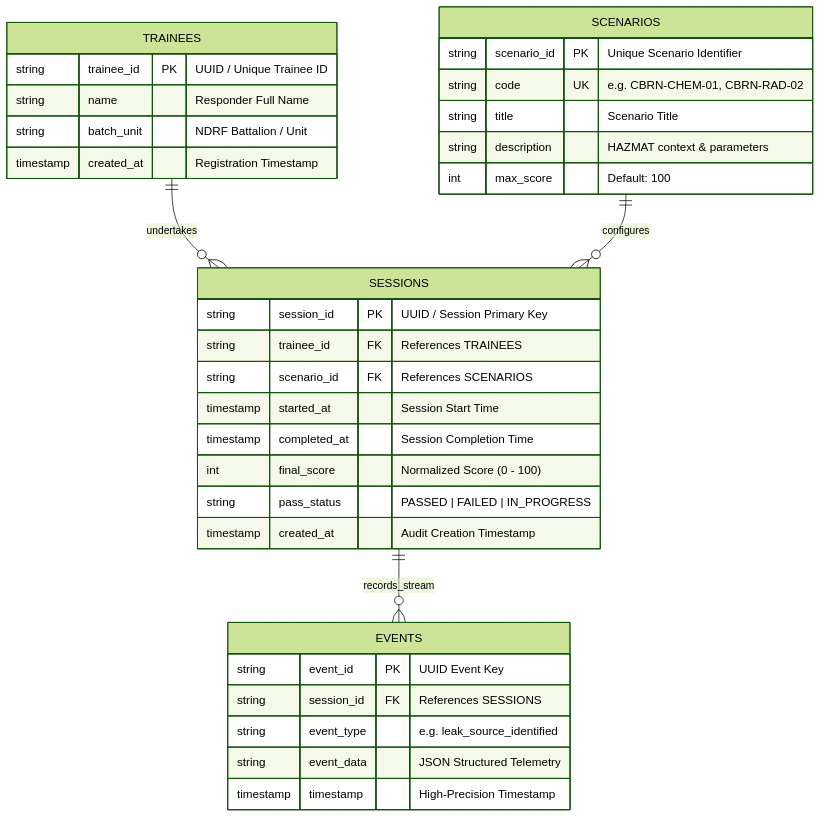
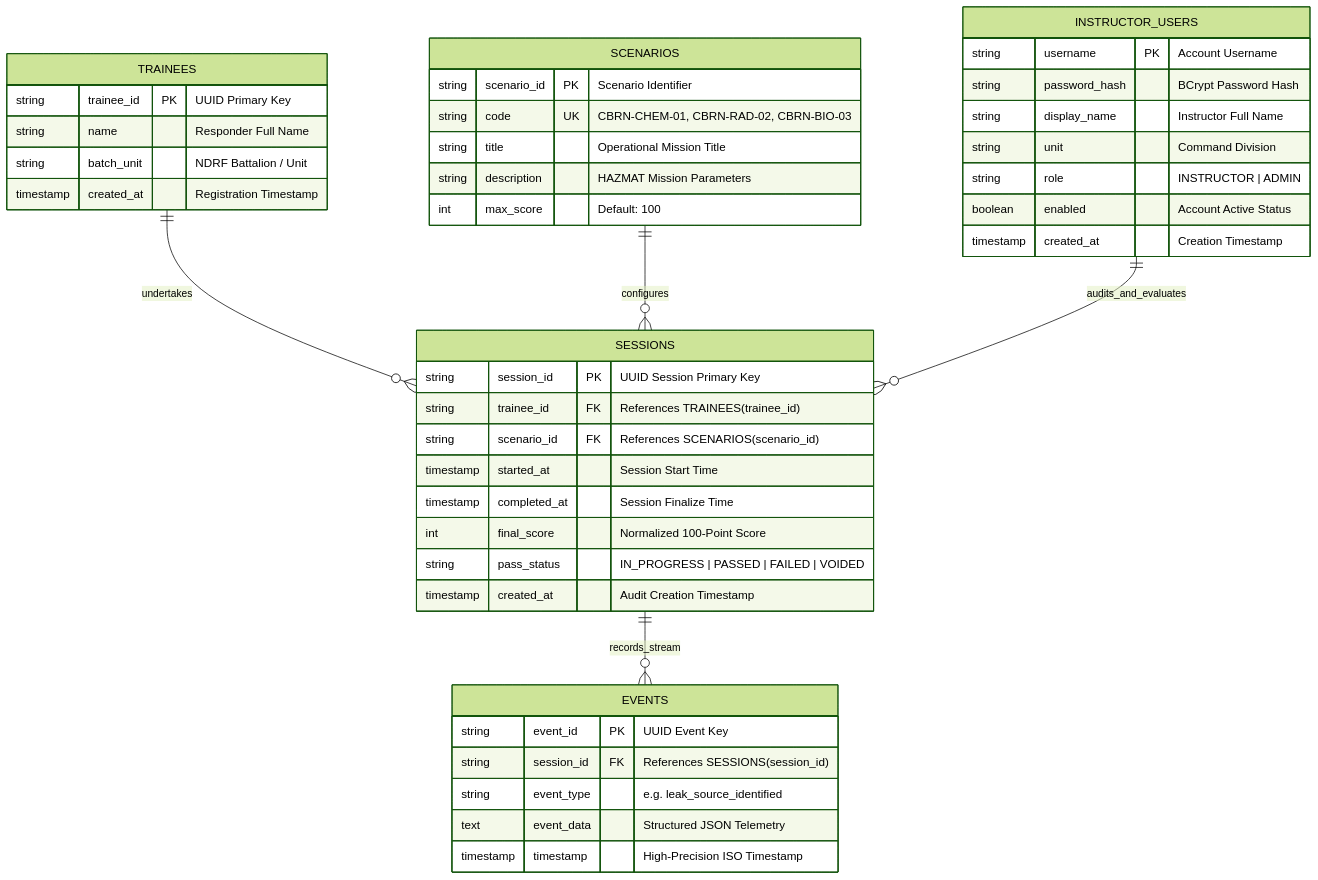
The sixth of 7 diagrams in README.md (Lohith-RC/CBRN-X), drawn with Mermaid (forest theme) before and after one commit. The commit also changed other lines of this file and 16 other files, not shown here.

Commit message:
establish system-wide data flow architecture and standardize JSON schemas for telemetry and mission evaluation contracts.

````diff
--- a/README.md
+++ b/README.md
@@ -243,40 +403,51 @@
 ```mermaid
 erDiagram
     TRAINEES ||--o{ SESSIONS : "undertakes"
     SCENARIOS ||--o{ SESSIONS : "configures"
     SESSIONS ||--o{ EVENTS : "records_stream"
+    INSTRUCTOR_USERS ||--o{ SESSIONS : "audits_and_evaluates"
 
     TRAINEES {
-        string trainee_id PK "UUID / Unique Trainee ID"
+        string trainee_id PK "UUID Primary Key"
         string name "Responder Full Name"
         string batch_unit "NDRF Battalion / Unit"
         timestamp created_at "Registration Timestamp"
     }
 
     SCENARIOS {
-        string scenario_id PK "Unique Scenario Identifier"
-        string code UK "e.g. CBRN-CHEM-01, CBRN-RAD-02"
-        string title "Scenario Title"
-        string description "HAZMAT context & parameters"
+        string scenario_id PK "Scenario Identifier"
+        string code UK "CBRN-CHEM-01, CBRN-RAD-02, CBRN-BIO-03"
+        string title "Operational Mission Title"
+        string description "HAZMAT Mission Parameters"
         int max_score "Default: 100"
     }
 
     SESSIONS {
-        string session_id PK "UUID / Session Primary Key"
-        string trainee_id FK "References TRAINEES"
-        string scenario_id FK "References SCENARIOS"
+        string session_id PK "UUID Session Primary Key"
+        string trainee_id FK "References TRAINEES(trainee_id)"
+        string scenario_id FK "References SCENARIOS(scenario_id)"
         timestamp started_at "Session Start Time"
-        timestamp completed_at "Session Completion Time"
-        int final_score "Normalized Score (0 - 100)"
-        string pass_status "PASSED | FAILED | IN_PROGRESS"
+        timestamp completed_at "Session Finalize Time"
+        int final_score "Normalized 100-Point Score"
+        string pass_status "IN_PROGRESS | PASSED | FAILED | VOIDED"
         timestamp created_at "Audit Creation Timestamp"
     }
 
     EVENTS {
         string event_id PK "UUID Event Key"
-        string session_id FK "References SESSIONS"
+        string session_id FK "References SESSIONS(session_id)"
         string event_type "e.g. leak_source_identified"
-        string event_data "JSON Structured Telemetry"
-        timestamp timestamp "High-Precision Timestamp"
+        text event_data "Structured JSON Telemetry"
+        timestamp timestamp "High-Precision ISO Timestamp"
+    }
+
+    INSTRUCTOR_USERS {
+        string username PK "Account Username"
+        string password_hash "BCrypt Password Hash"
+        string display_name "Instructor Full Name"
+        string unit "Command Division"
+        string role "INSTRUCTOR | ADMIN"
+        boolean enabled "Account Active Status"
+        timestamp created_at "Creation Timestamp"
     }
 ```
````
